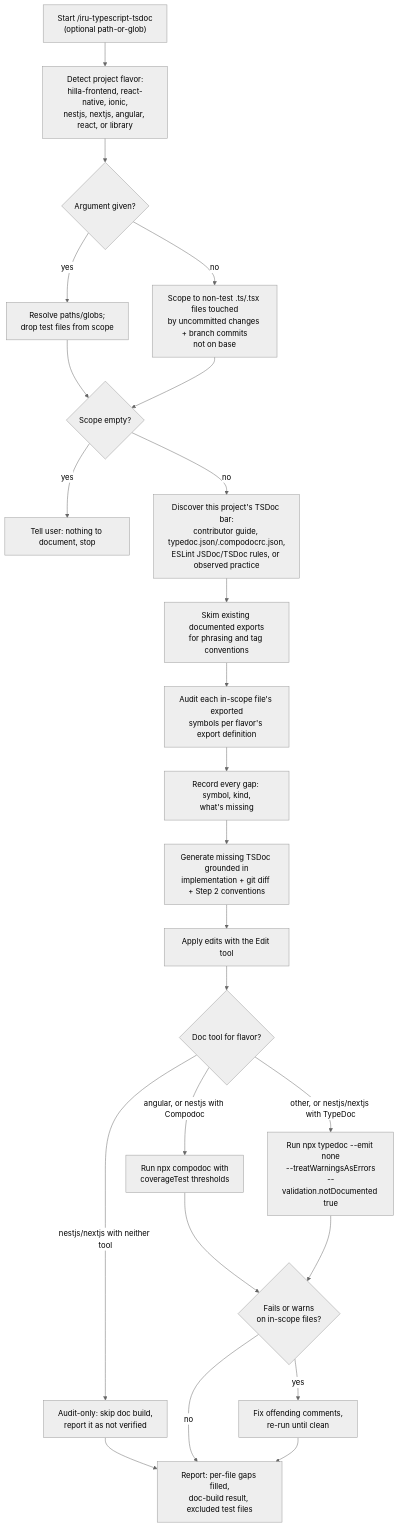
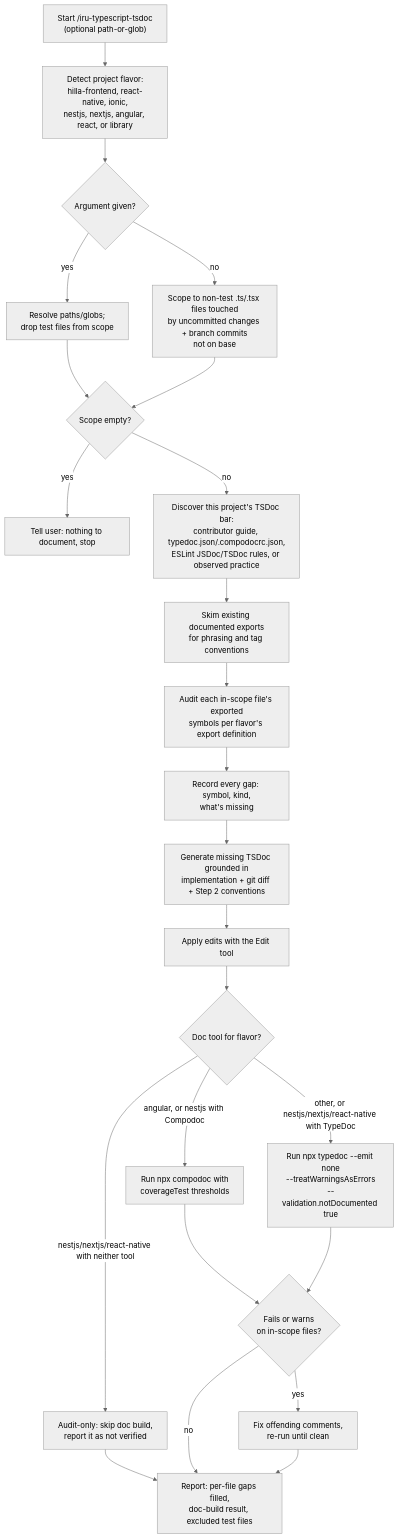
One commit to albertoirurueta/ai-catalog changed the diagram in docs/modules/ROOT/pages/skills/iru-typescript-tsdoc.adoc. Above: the diagram before and after it, drawn with Mermaid (neutral theme). The commit also changed other lines of this file and 138 other files, not shown here.

First line of the commit message:
Add Kotlin Multiplatform and React Native (Expo + Metro) support (#24)

```diff
--- a/docs/modules/ROOT/pages/skills/iru-typescript-tsdoc.adoc
+++ b/docs/modules/ROOT/pages/skills/iru-typescript-tsdoc.adoc
@@ -73,27 +81,27 @@
 [mermaid]
 ....
 flowchart TD
     A["Start /iru-typescript-tsdoc\n(optional path-or-glob)"] --> B["Detect project flavor:\nhilla-frontend, react-native, ionic,\nnestjs, nextjs, angular, react, or library"]
     B --> C{Argument given?}
     C -- yes --> D["Resolve paths/globs;\ndrop test files from scope"]
     C -- no --> E["Scope to non-test .ts/.tsx files touched\nby uncommitted changes + branch commits\nnot on base"]
     D --> F{Scope empty?}
     E --> F
     F -- yes --> G["Tell user: nothing to document, stop"]
     F -- no --> H["Discover this project's TSDoc bar:\ncontributor guide, typedoc.json/.compodocrc.json,\nESLint JSDoc/TSDoc rules, or observed practice"]
     H --> I["Skim existing documented exports\nfor phrasing and tag conventions"]
     I --> J["Audit each in-scope file's exported\nsymbols per flavor's export definition"]
     J --> K["Record every gap: symbol, kind,\nwhat's missing"]
     K --> L["Generate missing TSDoc grounded in\nimplementation + git diff + Step 2 conventions"]
     L --> M["Apply edits with the Edit tool"]
     M --> N{Doc tool for flavor?}
     N -- "angular, or nestjs with Compodoc" --> O["Run npx compodoc with\ncoverageTest thresholds"]
-    N -- "other, or nestjs/nextjs with TypeDoc" --> P["Run npx typedoc --emit none\n--treatWarningsAsErrors\n--validation.notDocumented true"]
-    N -- "nestjs/nextjs with neither tool" --> U["Audit-only: skip doc build,\nreport it as not verified"]
+    N -- "other, or nestjs/nextjs/react-native with TypeDoc" --> P["Run npx typedoc --emit none\n--treatWarningsAsErrors\n--validation.notDocumented true"]
+    N -- "nestjs/nextjs/react-native with neither tool" --> U["Audit-only: skip doc build,\nreport it as not verified"]
     U --> S
     O --> Q{Fails or warns\non in-scope files?}
     P --> Q
     Q -- yes --> R["Fix offending comments,\nre-run until clean"]
     Q -- no --> S["Report: per-file gaps filled,\ndoc-build result, excluded test files"]
     R --> S
 ....
```
